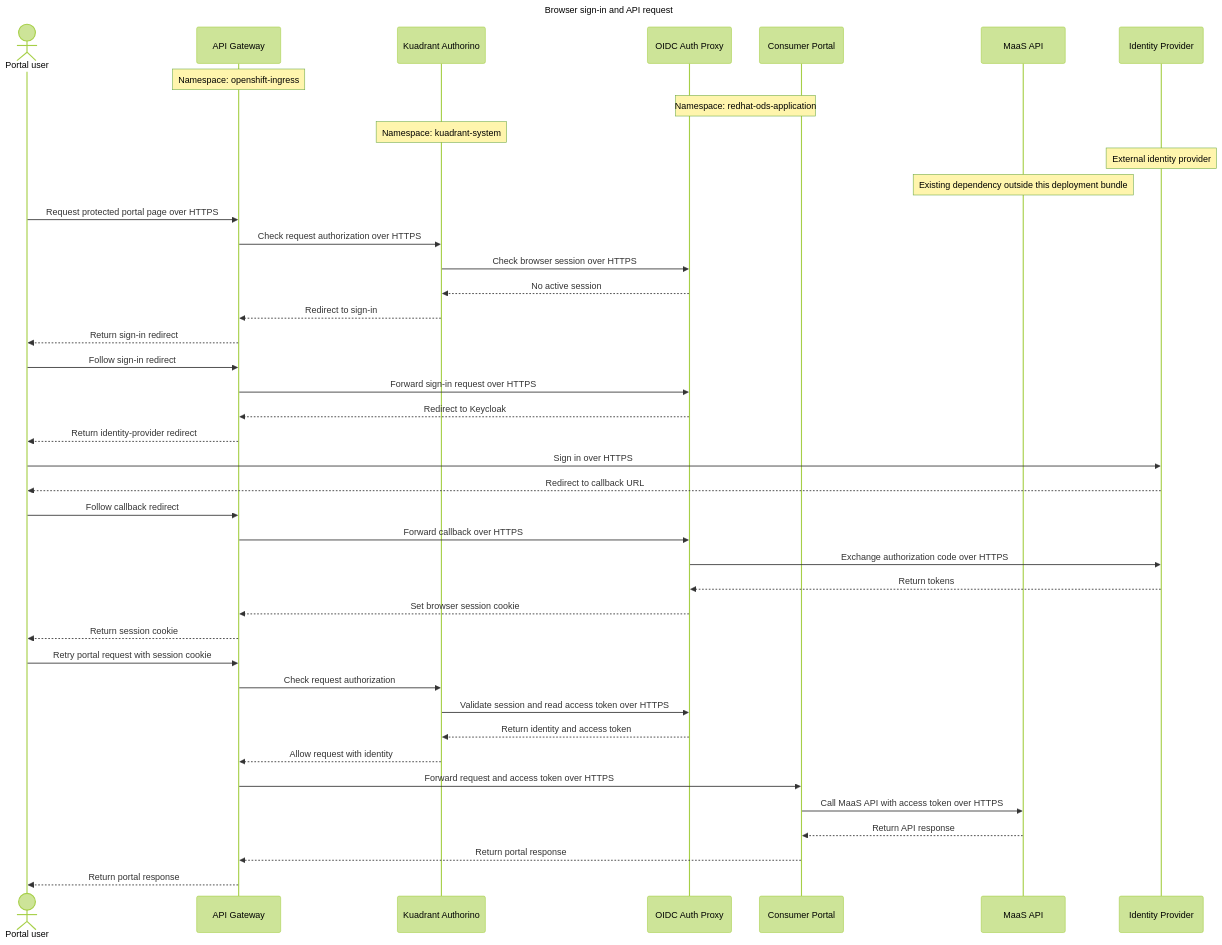
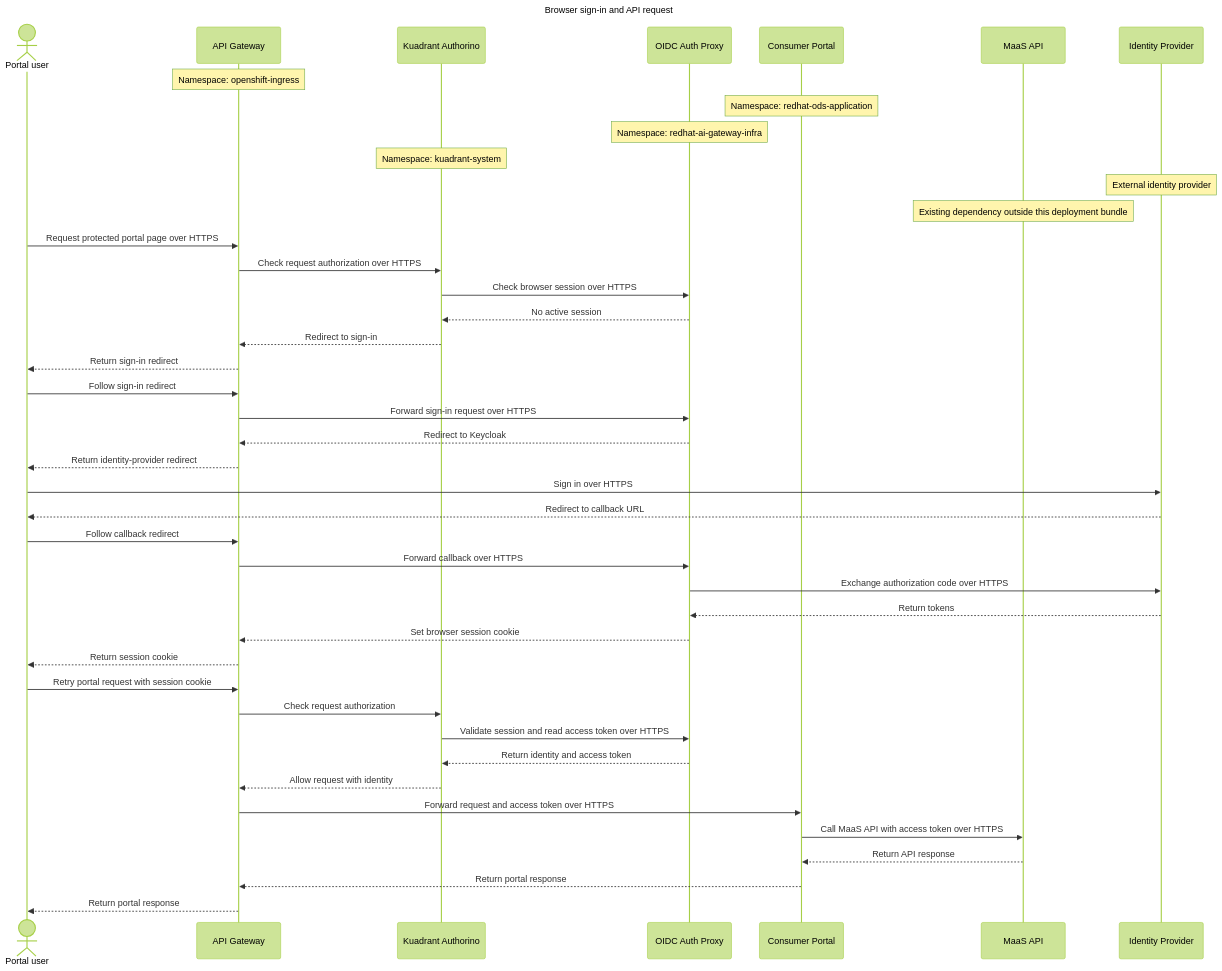
One commit to opendatahub-io/architecture-decision-records changed the second of 2 diagrams in architecture-decision-records/model-serving/ODH-ADR-MS-0007-maas-consumer-portal-oidc-gateway-layout.md. Above: the diagram before and after it, drawn with Mermaid (forest theme). The commit also changed other lines of this file and 1 other file, not shown here.

````diff
--- a/architecture-decision-records/model-serving/ODH-ADR-MS-0007-maas-consumer-portal-oidc-gateway-layout.md
+++ b/architecture-decision-records/model-serving/ODH-ADR-MS-0007-maas-consumer-portal-oidc-gateway-layout.md
@@ -94,49 +100,50 @@
 ```mermaid
 sequenceDiagram
   title Browser sign-in and API request
   actor User as Portal user
   participant Gateway as API Gateway
   participant Authorino as Kuadrant Authorino
   participant Proxy as OIDC Auth Proxy
   participant Portal as Consumer Portal
   participant API as MaaS API
   participant Keycloak as Identity Provider
 
   Note over Gateway: Namespace: openshift-ingress
-  Note over Portal,Proxy: Namespace: redhat-ods-application
+  Note over Portal: Namespace: redhat-ods-application
+  Note over Proxy: Namespace: redhat-ai-gateway-infra
   Note over Authorino: Namespace: kuadrant-system
   Note over Keycloak: External identity provider
   Note over API: Existing dependency outside this deployment bundle
 
   User->>Gateway: Request protected portal page over HTTPS
   Gateway->>Authorino: Check request authorization over HTTPS
   Authorino->>Proxy: Check browser session over HTTPS
   Proxy-->>Authorino: No active session
   Authorino-->>Gateway: Redirect to sign-in
   Gateway-->>User: Return sign-in redirect
 
   User->>Gateway: Follow sign-in redirect
   Gateway->>Proxy: Forward sign-in request over HTTPS
   Proxy-->>Gateway: Redirect to Keycloak
   Gateway-->>User: Return identity-provider redirect
 
   User->>Keycloak: Sign in over HTTPS
   Keycloak-->>User: Redirect to callback URL
   User->>Gateway: Follow callback redirect
   Gateway->>Proxy: Forward callback over HTTPS
   Proxy->>Keycloak: Exchange authorization code over HTTPS
   Keycloak-->>Proxy: Return tokens
   Proxy-->>Gateway: Set browser session cookie
   Gateway-->>User: Return session cookie
 
   User->>Gateway: Retry portal request with session cookie
   Gateway->>Authorino: Check request authorization
   Authorino->>Proxy: Validate session and read access token over HTTPS
   Proxy-->>Authorino: Return identity and access token
   Authorino-->>Gateway: Allow request with identity
   Gateway->>Portal: Forward request and access token over HTTPS
   Portal->>API: Call MaaS API with access token over HTTPS
   API-->>Portal: Return API response
   Portal-->>Gateway: Return portal response
   Gateway-->>User: Return portal response
 ```
````
